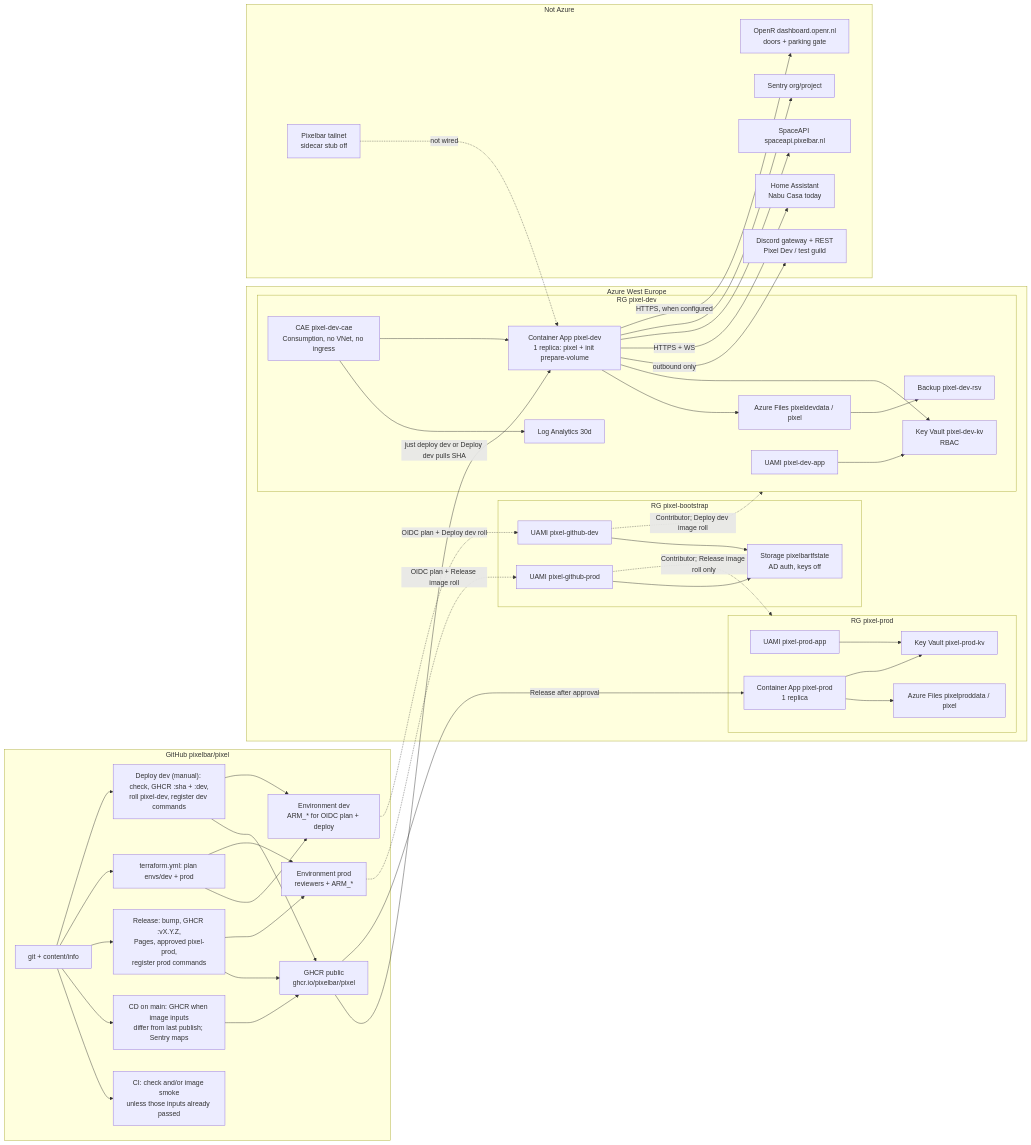
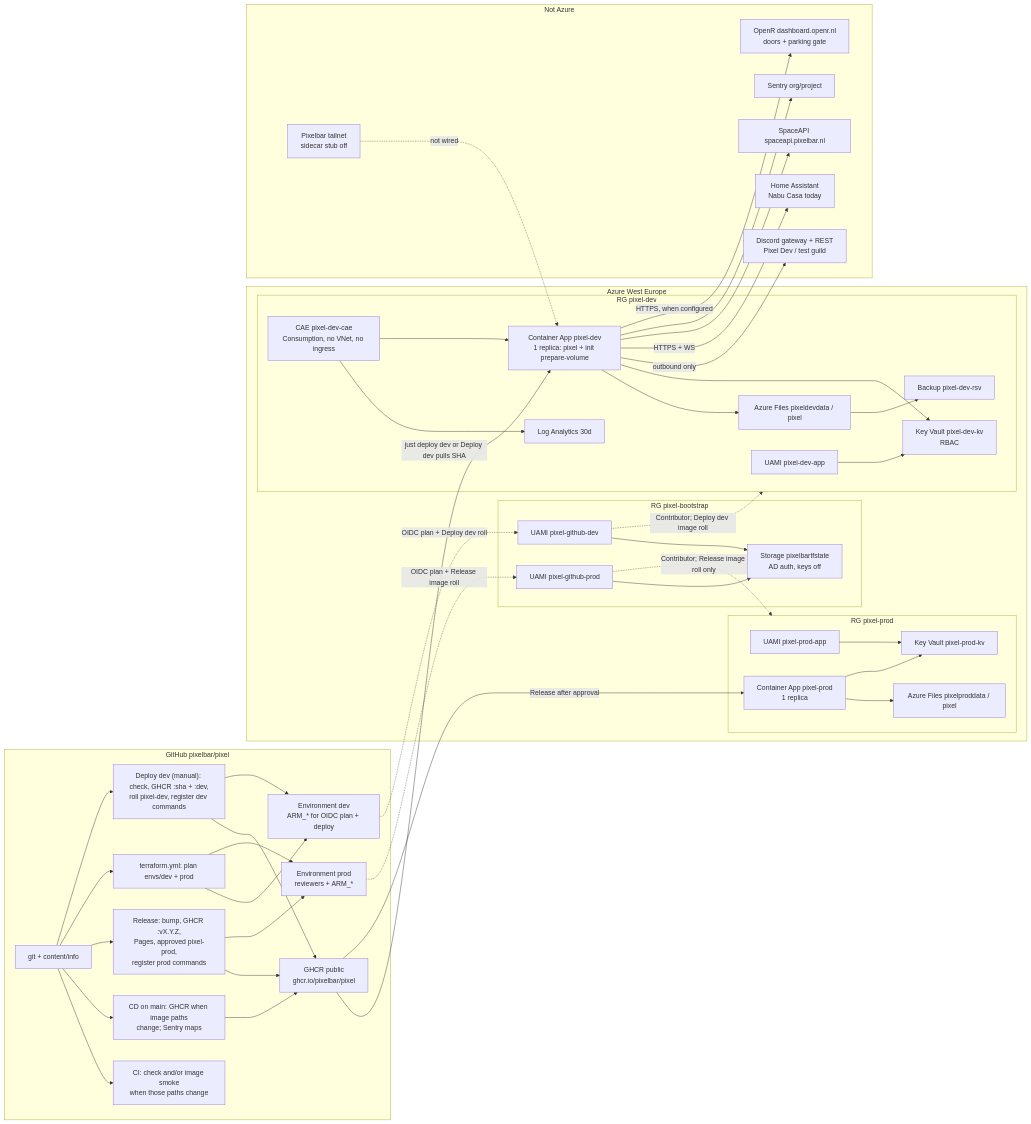
Before and after one commit to pixelbar/pixel: the first of 2 diagrams in docs/infra.md, drawn with Mermaid. The commit also changed 15 other files, not shown here.

````diff
--- a/docs/infra.md
+++ b/docs/infra.md
@@ -33,81 +33,81 @@
 ```mermaid
 flowchart LR
   subgraph github["GitHub pixelbar/pixel"]
     SRC[git + content/info]
     GHCR["GHCR public<br/>ghcr.io/pixelbar/pixel"]
-    CI["CI: check and/or image smoke<br/>unless those inputs already passed"]
-    CD["CD on main: GHCR when image inputs<br/>differ from last publish; Sentry maps"]
+    CI["CI: check and/or image smoke<br/>when those paths change"]
+    CD["CD on main: GHCR when image paths<br/>change; Sentry maps"]
     REL["Release: bump, GHCR :vX.Y.Z,<br/>Pages, approved pixel-prod,<br/>register prod commands"]
     TFW["terraform.yml: plan envs/dev + prod"]
     DEPDEV["Deploy dev (manual): check, GHCR :sha + :dev,<br/>roll pixel-dev, register dev commands"]
     ENVDEV["Environment dev<br/>ARM_* for OIDC plan + deploy"]
     ENVPROD["Environment prod<br/>reviewers + ARM_*"]
     SRC --> CI
     SRC --> CD --> GHCR
     SRC --> REL
     REL --> GHCR
     SRC --> TFW
     TFW --> ENVDEV
     TFW --> ENVPROD
     REL --> ENVPROD
     SRC --> DEPDEV
     DEPDEV --> GHCR
     DEPDEV --> ENVDEV
   end
 
   subgraph azure["Azure West Europe"]
     subgraph boot["RG pixel-bootstrap"]
       STATE["Storage pixelbartfstate<br/>AD auth, keys off"]
       GID["UAMI pixel-github-dev"]
       GIP["UAMI pixel-github-prod"]
     end
     subgraph dev["RG pixel-dev"]
       UAMI["UAMI pixel-dev-app"]
       KV["Key Vault pixel-dev-kv<br/>RBAC"]
       FILES["Azure Files pixeldevdata / pixel"]
       RSV["Backup pixel-dev-rsv"]
       LAW["Log Analytics 30d"]
       CAE["CAE pixel-dev-cae<br/>Consumption, no VNet, no ingress"]
       APP["Container App pixel-dev<br/>1 replica: pixel + init prepare-volume"]
     end
     subgraph prod["RG pixel-prod"]
       UAMIP["UAMI pixel-prod-app"]
       KVP["Key Vault pixel-prod-kv"]
       FILESP["Azure Files pixelproddata / pixel"]
       APPP["Container App pixel-prod<br/>1 replica"]
     end
     ENVDEV -.->|OIDC plan + Deploy dev roll| GID
     ENVPROD -.->|OIDC plan + Release image roll| GIP
     GID --> STATE
     GIP --> STATE
     GID -.->|Contributor; Deploy dev image roll| dev
     GIP -.->|Contributor; Release image roll only| prod
     UAMI --> KV
     FILES --> RSV
     CAE --> LAW
     CAE --> APP
     APP --> FILES
     APP --> KV
     UAMIP --> KVP
     APPP --> FILESP
     APPP --> KVP
     GHCR -->|just deploy dev or Deploy dev pulls SHA| APP
     GHCR -->|Release after approval| APPP
   end
 
   subgraph outside["Not Azure"]
     DISCORD["Discord gateway + REST<br/>Pixel Dev / test guild"]
     HA["Home Assistant<br/>Nabu Casa today"]
     SPACE["SpaceAPI spaceapi.pixelbar.nl"]
     SENTRY["Sentry org/project"]
     OPENR["OpenR dashboard.openr.nl<br/>doors + parking gate"]
     TS["Pixelbar tailnet<br/>sidecar stub off"]
   end
 
   APP -->|outbound only| DISCORD
   APP -->|HTTPS + WS| HA
   APP --> SPACE
   APP --> SENTRY
   APP -->|HTTPS, when configured| OPENR
   TS -.->|not wired| APP
 ```
````
